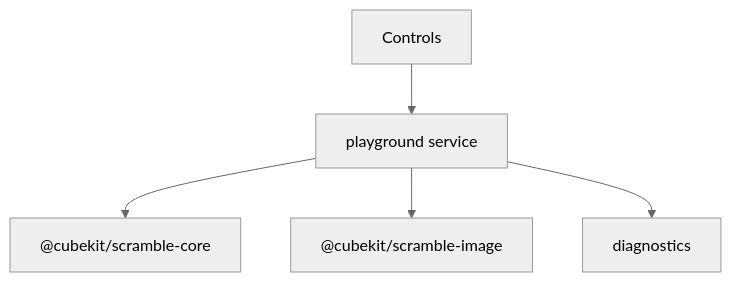
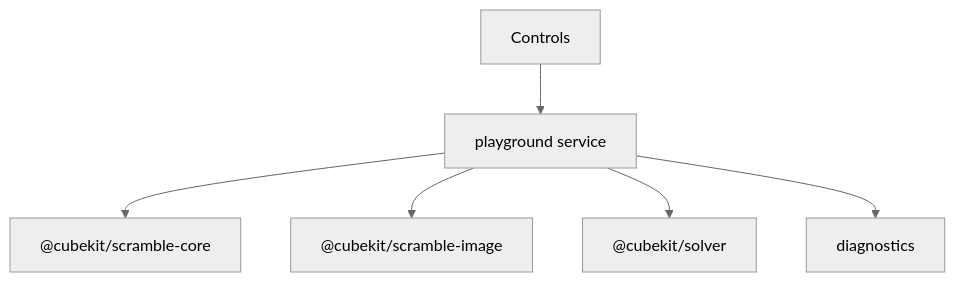
The diagram in docs/apps/playground/index.md (deweyou/cube-kit), drawn with Mermaid (neutral theme) before and after one commit. The commit also changed other lines of this file and 5 other files, not shown here.

````diff
--- a/docs/apps/playground/index.md
+++ b/docs/apps/playground/index.md
@@ -3,7 +3,8 @@
 ```mermaid
 flowchart TD
     Controls["Controls"] --> Service["playground service"]
     Service --> Core["@cubekit/scramble-core"]
     Service --> Image["@cubekit/scramble-image"]
+    Service --> Solver["@cubekit/solver"]
     Service --> Diagnostics["diagnostics"]
 ```
````
